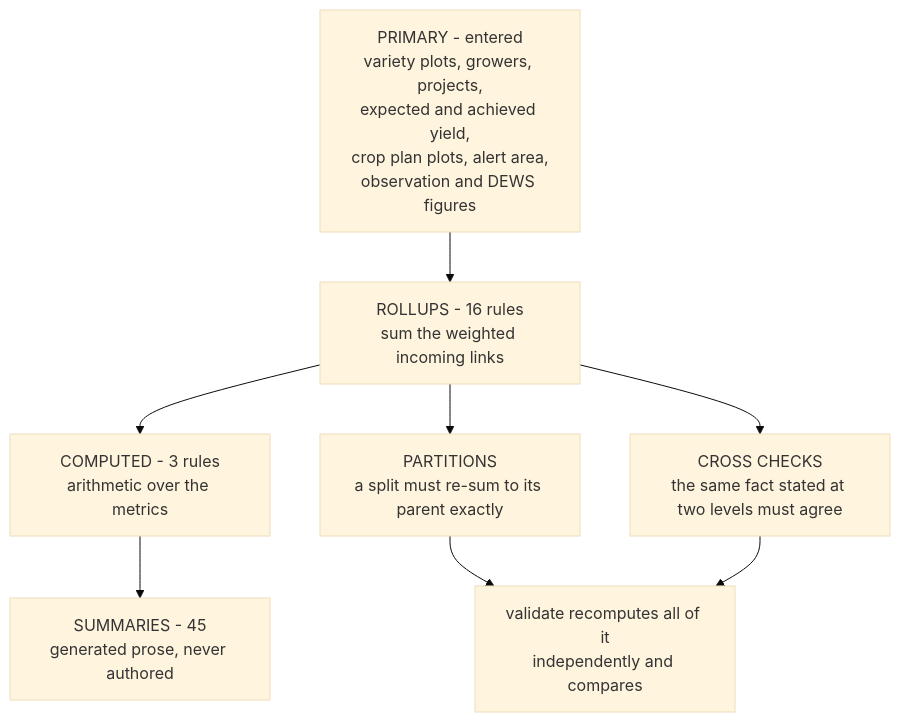
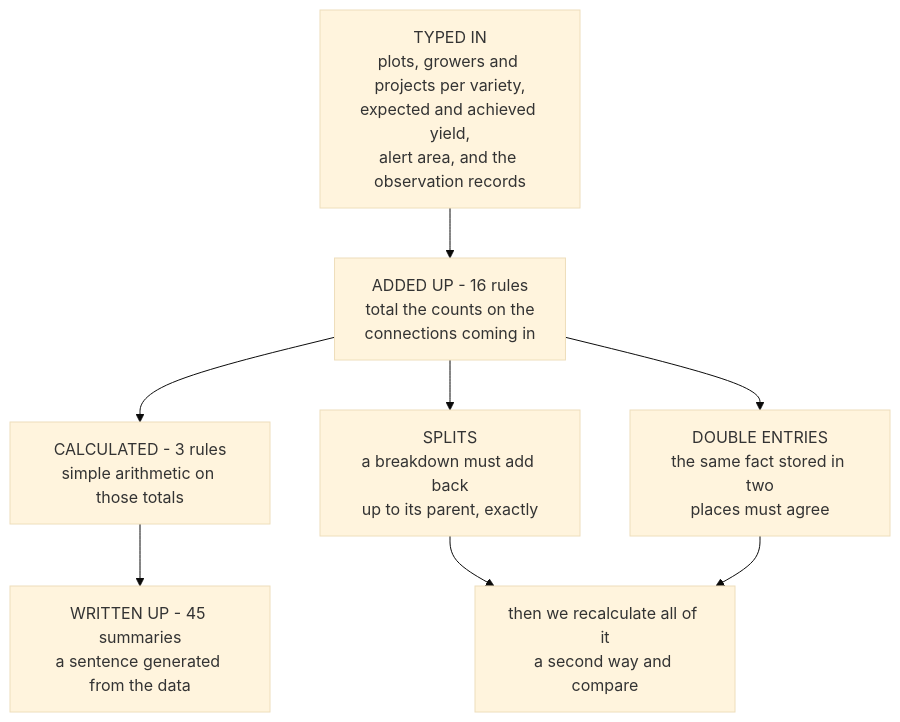
One commit to Prakhar-30/cropin-knowledge-graph changed the seventh of 10 diagrams in docs/HOW-IT-WORKS.md. Above: the diagram before and after it, drawn with Mermaid (base theme). The commit also changed other lines of this file and 21 other files, not shown here.

````diff
--- a/docs/HOW-IT-WORKS.md
+++ b/docs/HOW-IT-WORKS.md
@@ -496,11 +544,11 @@
 ```mermaid
 flowchart TD
-  P["PRIMARY - entered<br/>variety plots, growers, projects,<br/>expected and achieved yield,<br/>crop plan plots, alert area,<br/>observation and DEWS figures"]
-  P --> R["ROLLUPS - 16 rules<br/>sum the weighted incoming links"]
-  R --> C["COMPUTED - 3 rules<br/>arithmetic over the metrics"]
-  C --> S["SUMMARIES - 45<br/>generated prose, never authored"]
-  R --> V["PARTITIONS<br/>a split must re-sum to its parent exactly"]
-  R --> X["CROSS CHECKS<br/>the same fact stated at two levels must agree"]
-  V --> T["validate recomputes all of it<br/>independently and compares"]
+  P["TYPED IN<br/>plots, growers and projects per variety,<br/>expected and achieved yield,<br/>alert area, and the observation records"]
+  P --> R["ADDED UP - 16 rules<br/>total the counts on the<br/>connections coming in"]
+  R --> C["CALCULATED - 3 rules<br/>simple arithmetic on those totals"]
+  C --> S["WRITTEN UP - 45 summaries<br/>a sentence generated from the data"]
+  R --> V["SPLITS<br/>a breakdown must add back<br/>up to its parent, exactly"]
+  R --> X["DOUBLE ENTRIES<br/>the same fact stored in two<br/>places must agree"]
+  V --> T["then we recalculate all of it<br/>a second way and compare"]
   X --> T
 ```
````
